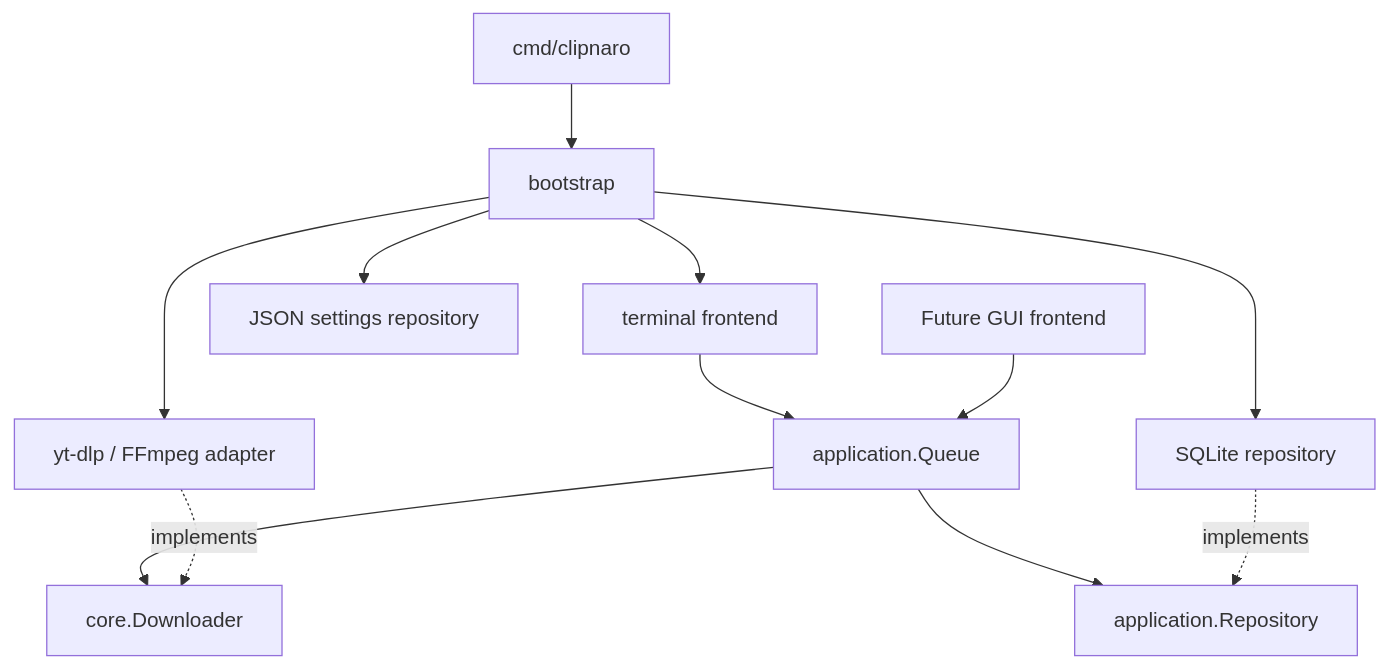
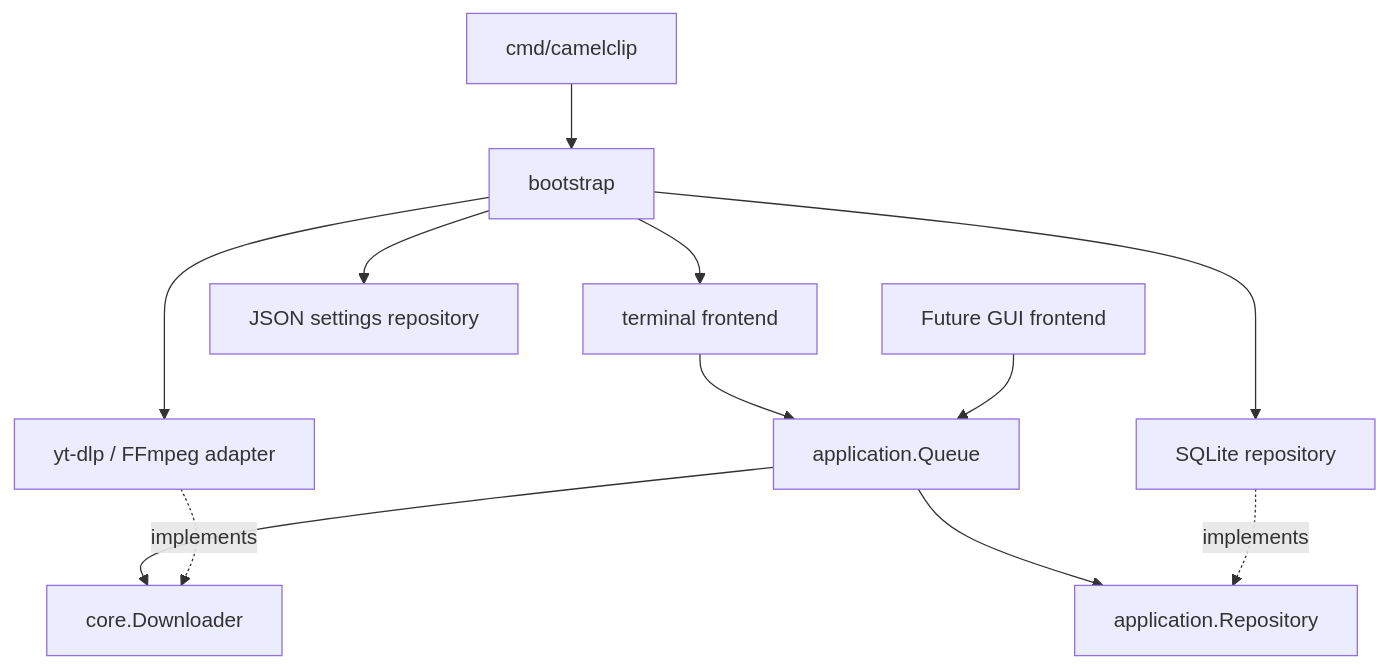
One commit to bfcamel/CamelClip changed the diagram in docs/architecture.md. Above: the diagram before and after it, drawn with Mermaid. The commit also changed other lines of this file and 95 other files, not shown here.

````diff
--- a/docs/architecture.md
+++ b/docs/architecture.md
@@ -5,14 +5,14 @@
 ```mermaid
 flowchart TD
-    Main[cmd/clipnaro] --> Wiring[bootstrap]
+    Main[cmd/camelclip] --> Wiring[bootstrap]
     Wiring --> Terminal[terminal frontend]
     Wiring --> Backend[yt-dlp / FFmpeg adapter]
     Wiring --> DB[SQLite repository]
     Wiring --> Config[JSON settings repository]
     Terminal --> Queue[application.Queue]
     GUI[Future GUI frontend] --> Queue
     Queue --> Downloader[core.Downloader]
     Queue --> Repository[application.Repository]
     Backend -. implements .-> Downloader
     DB -. implements .-> Repository
 ```
````
